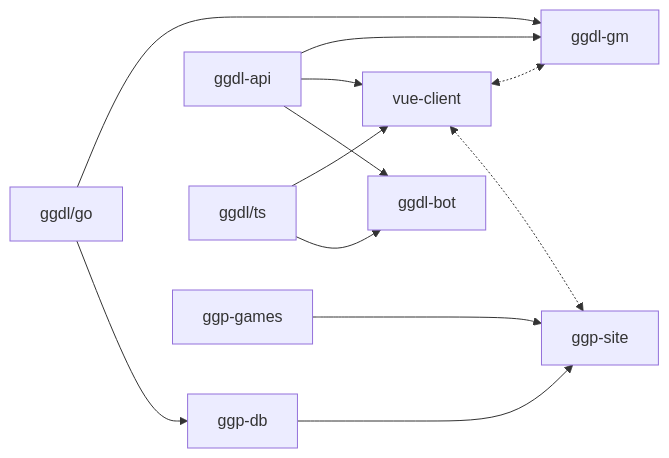
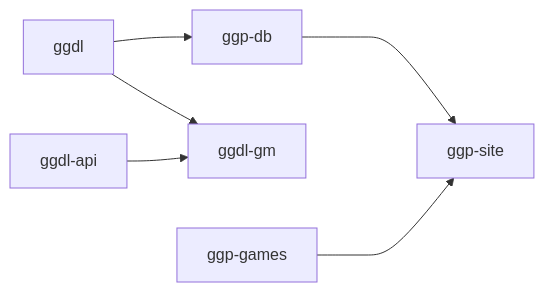
The diagram in README.md (SymbolNotFound/gel), drawn with Mermaid before and after one commit. The commit also changed other lines of this file, not shown here.

````diff
--- a/README.md
+++ b/README.md
@@ -128,11 +111,8 @@
 ```mermaid
 graph LR;
-    ggdl/go-->ggp-db;
-    ggdl/go-->ggdl-gm;
+    ggdl-->ggp-db;
+    ggdl-->ggdl-gm;
     ggp-db--->ggp-site;
-    ggdl-api & ggdl/ts --> ggdl-bot & vue-client;
-    vue-client <-.-> ggp-site;
-    vue-client <-.-> ggdl-gm;
     ggdl-api-->ggdl-gm;
     ggp-games--->ggp-site
 ```
````
